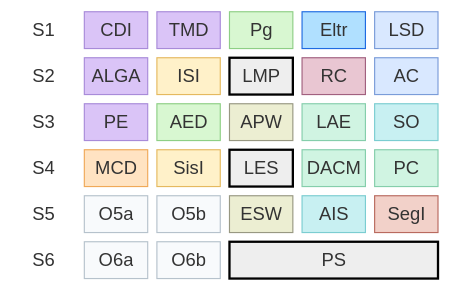
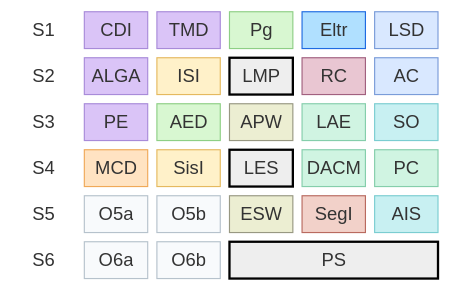
Before and after one commit to jtrindade/isel-programs: the diagram in LEIC-2028-.mmd, drawn with Mermaid.

Commit message:
LEIC-2028- - SegI <-> AIS

```diff
--- a/LEIC-2028-.mmd
+++ b/LEIC-2028-.mmd
@@ -1,95 +1,95 @@
 block-beta
   columns 6
 
   %% Semestre 1
   S1["S1"]
   CDI["CDI"]
   TMD["TMD"]
   Pg["Pg"]
   Eltr["Eltr"]
   LSD["LSD"]
 
   %% Semestre 2
   S2["S2"]
   ALGA["ALGA"]
   ISI["ISI"]
   LMP["LMP"]
   RC["RC"]
   AC["AC"]
 
   %% Semestre 3
   S3["S3"]
   PE["PE"]
   AED["AED"]
   APW["APW"]
   LAE["LAE"]
   SO["SO"]
 
   %% Semestre 4
   S4["S4"]
   MCD["MCD"]
   SisI["SisI"]
   LES["LES"]
   DACM["DACM"]
   PC["PC"]
 
   %% Semestre 5
   S5["S5"]
   O5a["O5a"]
   O5b["O5b"]
   ESW["ESW"]
+  SegI["SegI"]
   AIS["AIS"]
-  SegI["SegI"]
-
+  
   %% Semestre 6
   S6["S6"]
   O6a["O6a"]
   O6b["O6b"]
   PS["PS"]:3
 
   style S1 fill:none,stroke:none
   style S2 fill:none,stroke:none
   style S3 fill:none,stroke:none
   style S4 fill:none,stroke:none
   style S5 fill:none,stroke:none
   style S6 fill:none,stroke:none
 
   style CDI fill:#dac4f7,stroke:#a88bd9
   style TMD fill:#dac4f7,stroke:#a88bd9
   style ALGA fill:#dac4f7,stroke:#a88bd9
   style PE fill:#dac4f7,stroke:#a88bd9
 
   style RC fill:#e9c6d2,stroke:#a1607f
   style Eltr fill:#b0e0ff,stroke:#1f6be1
 
   style LSD fill:#d9e8ff,stroke:#7a9cd9
   style AC fill:#d9e8ff,stroke:#7a9cd9
 
   style APW fill:#ECEED2,stroke:#989882
   style ESW fill:#ECEED2,stroke:#989882
 
   style SO fill:#c8f0f2,stroke:#7bcdd1
   style AIS fill:#c8f0f2,stroke:#7bcdd1
 
   style LAE fill:#D0F4E2,stroke:#85CEAB
   style PC fill:#D0F4E2,stroke:#85CEAB
   style DACM fill:#D0F4E2,stroke:#85CEAB
 
   style Pg fill:#d8f7d1,stroke:#8ecf85
   style AED fill:#d8f7d1,stroke:#8ecf85
 
   style ISI fill:#fff1c9,stroke:#e5b95f
   style SisI fill:#fff1c9,stroke:#e5b95f
 
   style MCD fill:#ffe3c2,stroke:#f0a958
 
   style SegI fill:#f2d1c9,stroke:#b96a5f
 
   style O5a fill:#f8fafc,stroke:#b6c2cc
   style O5b fill:#f8fafc,stroke:#b6c2cc
   style O6a fill:#f8fafc,stroke:#b6c2cc
   style O6b fill:#f8fafc,stroke:#b6c2cc
 
   style LMP fill:#eee,stroke:#000,stroke-width:2px,font-weight:bold
   style LES fill:#eee,stroke:#000,stroke-width:2px,font-weight:bold
   style PS fill:#eee,stroke:#000,stroke-width:2px,font-weight:bold
```
